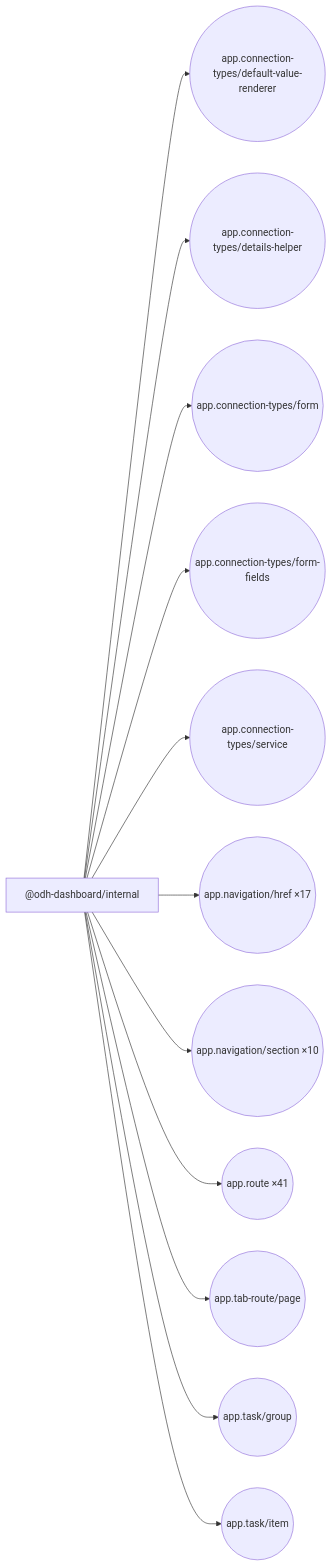
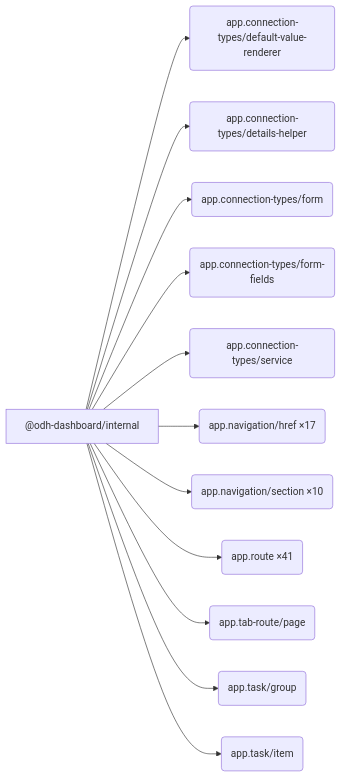
One commit to mturley/odh-dashboard changed the diagram in frontend/docs/extensions.md. Above: the diagram before and after it, drawn with Mermaid. The commit also changed 24 other files, not shown here.

````diff
--- a/frontend/docs/extensions.md
+++ b/frontend/docs/extensions.md
@@ -15,26 +15,26 @@
 ```mermaid
 flowchart LR
   pkg_n__odh_dashboard_internal_b20f2b["@odh-dashboard/internal"]
-  point_n_app_connection_types_default_value_renderer_01627c(("app.connection-types/default-value-renderer"))
+  point_n_app_connection_types_default_value_renderer_01627c("app.connection-types/default-value-renderer")
   pkg_n__odh_dashboard_internal_b20f2b --> point_n_app_connection_types_default_value_renderer_01627c
-  point_n_app_connection_types_details_helper_f68622(("app.connection-types/details-helper"))
+  point_n_app_connection_types_details_helper_f68622("app.connection-types/details-helper")
   pkg_n__odh_dashboard_internal_b20f2b --> point_n_app_connection_types_details_helper_f68622
-  point_n_app_connection_types_form_81f66d(("app.connection-types/form"))
+  point_n_app_connection_types_form_81f66d("app.connection-types/form")
   pkg_n__odh_dashboard_internal_b20f2b --> point_n_app_connection_types_form_81f66d
-  point_n_app_connection_types_form_fields_cb02ad(("app.connection-types/form-fields"))
+  point_n_app_connection_types_form_fields_cb02ad("app.connection-types/form-fields")
   pkg_n__odh_dashboard_internal_b20f2b --> point_n_app_connection_types_form_fields_cb02ad
-  point_n_app_connection_types_service_2eb1aa(("app.connection-types/service"))
+  point_n_app_connection_types_service_2eb1aa("app.connection-types/service")
   pkg_n__odh_dashboard_internal_b20f2b --> point_n_app_connection_types_service_2eb1aa
-  point_n_app_navigation_href_67179c(("app.navigation/href ×17"))
+  point_n_app_navigation_href_67179c("app.navigation/href ×17")
   pkg_n__odh_dashboard_internal_b20f2b --> point_n_app_navigation_href_67179c
-  point_n_app_navigation_section_34ff18(("app.navigation/section ×10"))
+  point_n_app_navigation_section_34ff18("app.navigation/section ×10")
   pkg_n__odh_dashboard_internal_b20f2b --> point_n_app_navigation_section_34ff18
-  point_n_app_route_2735df(("app.route ×41"))
+  point_n_app_route_2735df("app.route ×41")
   pkg_n__odh_dashboard_internal_b20f2b --> point_n_app_route_2735df
-  point_n_app_tab_route_page_976575(("app.tab-route/page"))
+  point_n_app_tab_route_page_976575("app.tab-route/page")
   pkg_n__odh_dashboard_internal_b20f2b --> point_n_app_tab_route_page_976575
-  point_n_app_task_group_64e4cf(("app.task/group"))
+  point_n_app_task_group_64e4cf("app.task/group")
   pkg_n__odh_dashboard_internal_b20f2b --> point_n_app_task_group_64e4cf
-  point_n_app_task_item_001b33(("app.task/item"))
+  point_n_app_task_item_001b33("app.task/item")
   pkg_n__odh_dashboard_internal_b20f2b --> point_n_app_task_item_001b33
 ```
````
